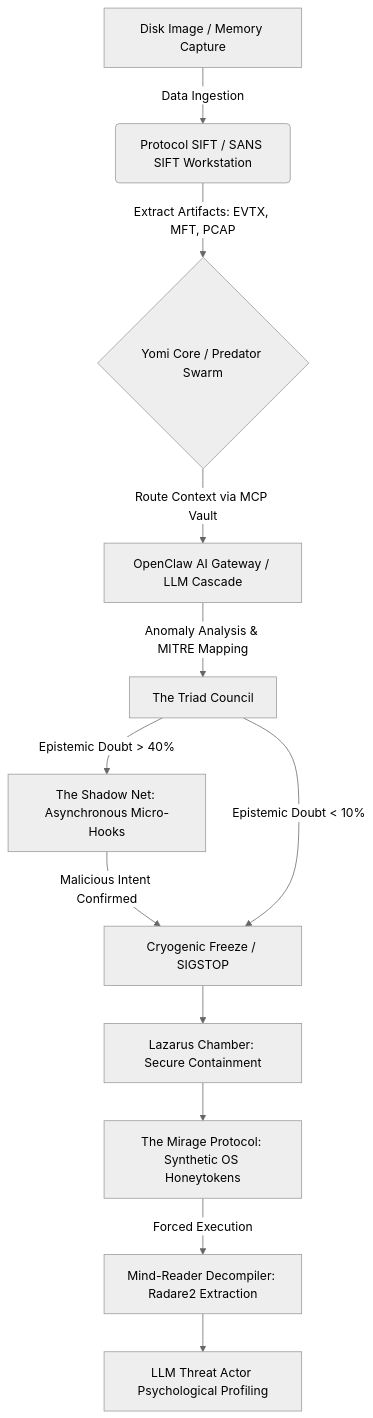
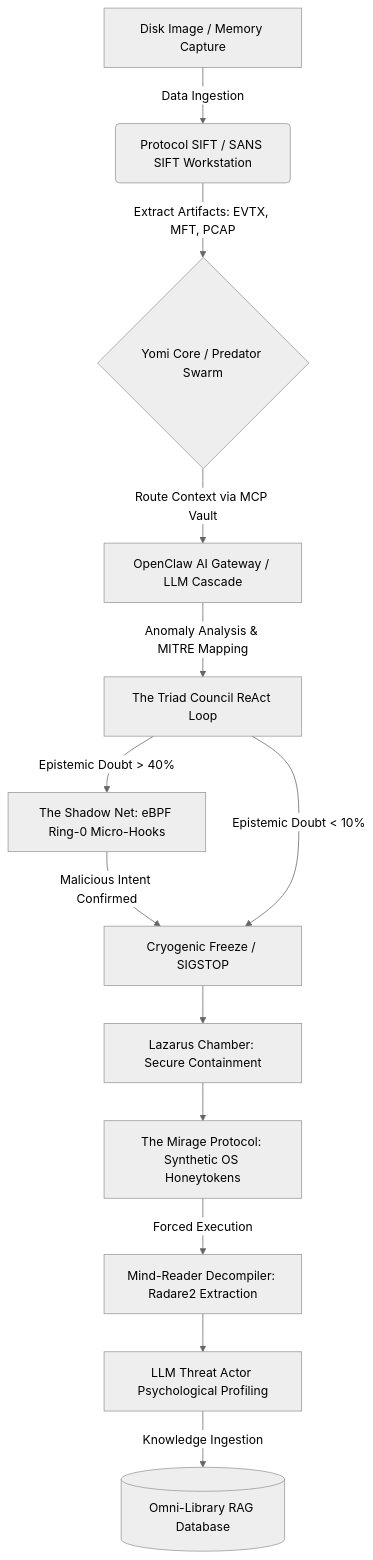
The first of 2 diagrams in README.md (ArcVielLouvent/yomi-triage-system), drawn with Mermaid (neutral theme) before and after one commit. The commit also changed other lines of this file and 1 other file, not shown here.

Commit message:
Patch: Upgraded MitreMapper to support multi-label MITRE ID detection per anomaly. Hardened README to explicitly define PoC boundaries, mock mode statuses, and missing Hackathon deliverables.

````diff
--- a/README.md
+++ b/README.md
@@ -20,15 +21,16 @@
 ```mermaid
 graph TD;
     A[Disk Image / Memory Capture] -->|Data Ingestion| B(Protocol SIFT / SANS SIFT Workstation)
     B -->|Extract Artifacts: EVTX, MFT, PCAP| C{Yomi Core / Predator Swarm}
     C -->|Route Context via MCP Vault| D[OpenClaw AI Gateway / LLM Cascade]
-    D -->|Anomaly Analysis & MITRE Mapping| E[The Triad Council]
-    E -->|Epistemic Doubt > 40%| F[The Shadow Net: Asynchronous Micro-Hooks]
+    D -->|Anomaly Analysis & MITRE Mapping| E[The Triad Council ReAct Loop]
+    E -->|Epistemic Doubt > 40%| F[The Shadow Net: eBPF Ring-0 Micro-Hooks]
     F -->|Malicious Intent Confirmed| G[Cryogenic Freeze / SIGSTOP]
     E -->|Epistemic Doubt < 10%| G
     G --> H[Lazarus Chamber: Secure Containment]
     H --> I[The Mirage Protocol: Synthetic OS Honeytokens]
     I -->|Forced Execution| J[Mind-Reader Decompiler: Radare2 Extraction]
     J --> K[LLM Threat Actor Psychological Profiling]
+    K -->|Knowledge Ingestion| L[(Omni-Library RAG Database)]
 
 ```
````
